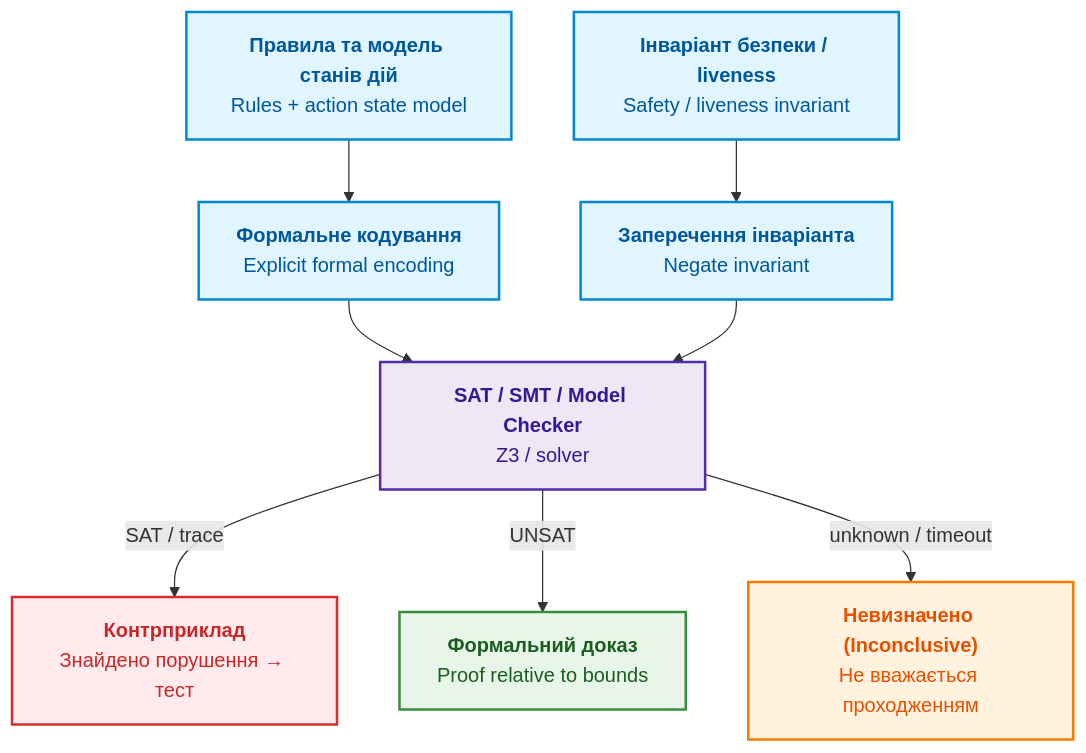
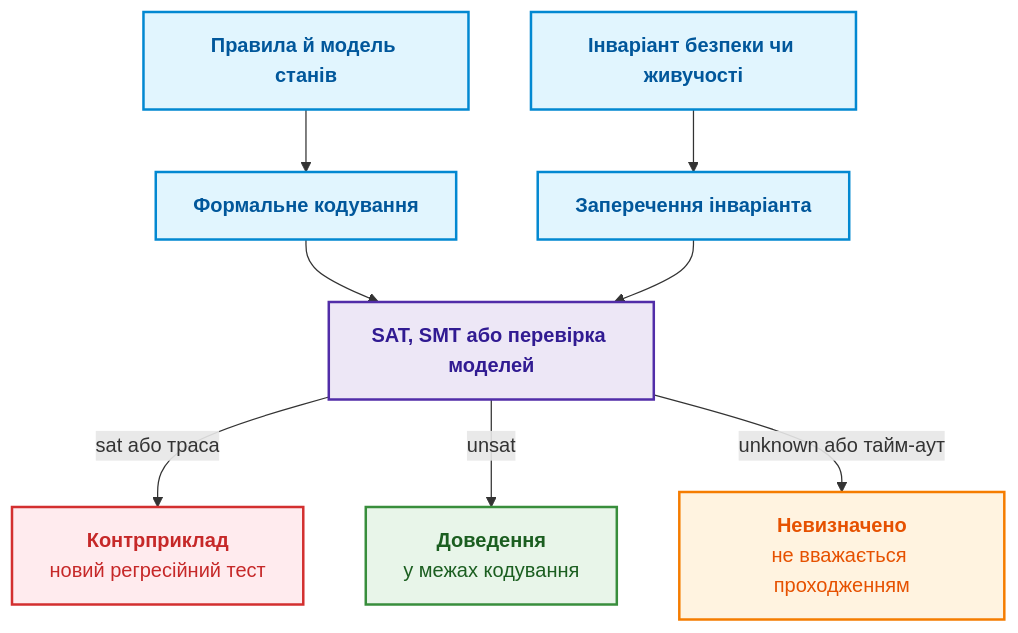
Before and after one commit to nick-fedchik/articles: the fourth of 5 diagrams in ExpertSystem/ch23-knowledge-base-verification.md, drawn with Mermaid. The commit also changed other lines of this file, not shown here.

````diff
--- a/ExpertSystem/ch23-knowledge-base-verification.md
+++ b/ExpertSystem/ch23-knowledge-base-verification.md
@@ -341,25 +448,25 @@
 ```mermaid
 flowchart TD
-    accTitle: Формальна перевірка інваріантів через SAT/SMT
-    accDescr: Кодування специфікації та інваріантів для солвера.
+    accTitle: Формальна перевірка інваріантів
+    accDescr: Правила й модель станів кодують формально, інваріант заперечують, розв'язувач повертає контрприклад, доведення в межах кодування або невизначений результат, який не зараховується як проходження.
 
-    SPEC["<b>Правила та модель станів дій</b><br/>Rules + action state model"] --> ENC["<b>Формальне кодування</b><br/>Explicit formal encoding"]
-    INV["<b>Інваріант безпеки / liveness</b><br/>Safety / liveness invariant"] --> NEG["<b>Заперечення інваріанта</b><br/>Negate invariant"]
-    ENC --> SOL["<b>SAT / SMT / Model Checker</b><br/>Z3 / solver"]
+    SPEC["<b>Правила й модель станів</b>"] --> ENC["<b>Формальне кодування</b>"]
+    INV["<b>Інваріант безпеки чи живучості</b>"] --> NEG["<b>Заперечення інваріанта</b>"]
+    ENC --> SOL["<b>SAT, SMT або перевірка моделей</b>"]
     NEG --> SOL
-    SOL -->|SAT / trace| CE["<b>Контрприклад</b><br/>Знайдено порушення → тест"]
-    SOL -->|UNSAT| PROOF["<b>Формальний доказ</b><br/>Proof relative to bounds"]
-    SOL -->|unknown / timeout| INC["<b>Невизначено (Inconclusive)</b><br/>Не вважається проходженням"]
+    SOL -->|"sat або траса"| CE["<b>Контрприклад</b><br/>новий регресійний тест"]
+    SOL -->|"unsat"| PROOF["<b>Доведення</b><br/>у межах кодування"]
+    SOL -->|"unknown або тайм-аут"| INC["<b>Невизначено</b><br/>не вважається проходженням"]
 
     classDef spec fill:#e1f5fe,stroke:#0288d1,stroke-width:2px,color:#01579b;
     classDef sol fill:#ede7f6,stroke:#512da8,stroke-width:2px,color:#311b92;
     classDef err fill:#ffebee,stroke:#d32f2f,stroke-width:2px,color:#c62828;
     classDef ok fill:#e8f5e9,stroke:#388e3c,stroke-width:2px,color:#1b5e20;
     classDef unk fill:#fff3e0,stroke:#f57c00,stroke-width:2px,color:#e65100;
 
     class SPEC,INV,ENC,NEG spec;
     class SOL sol;
     class CE err;
     class PROOF ok;
     class INC unk;
 ```
````
